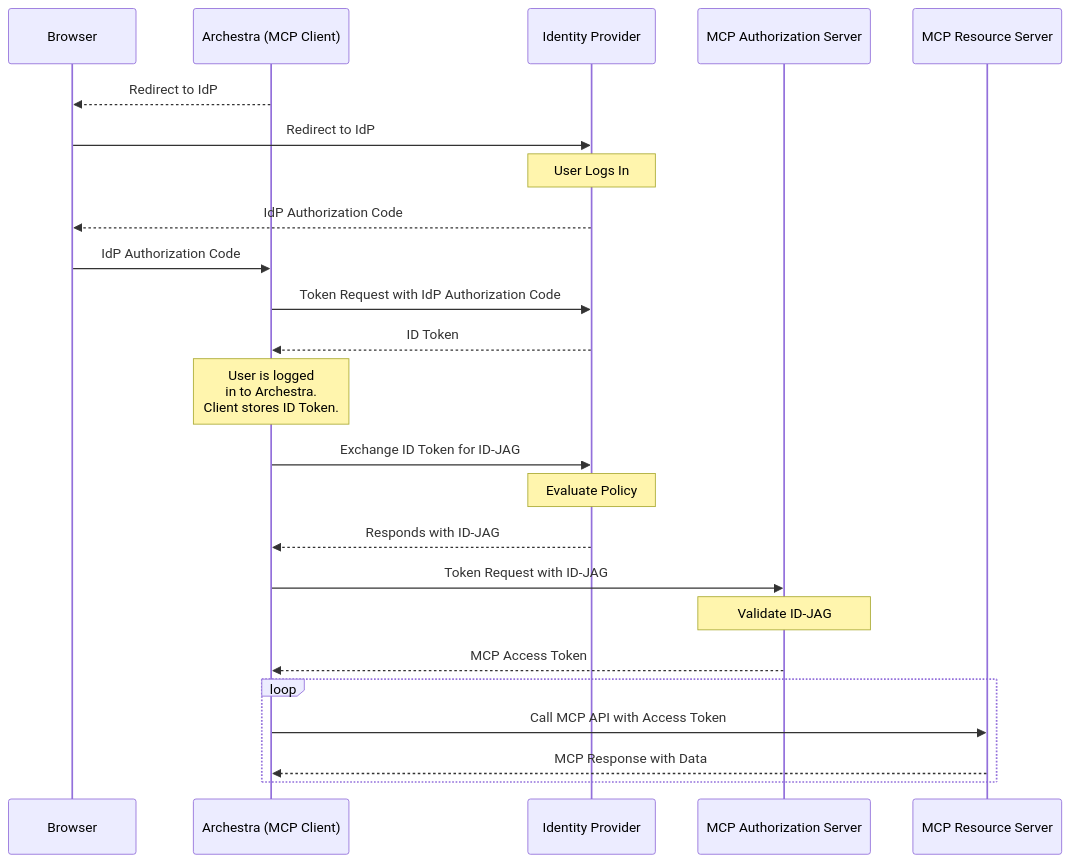
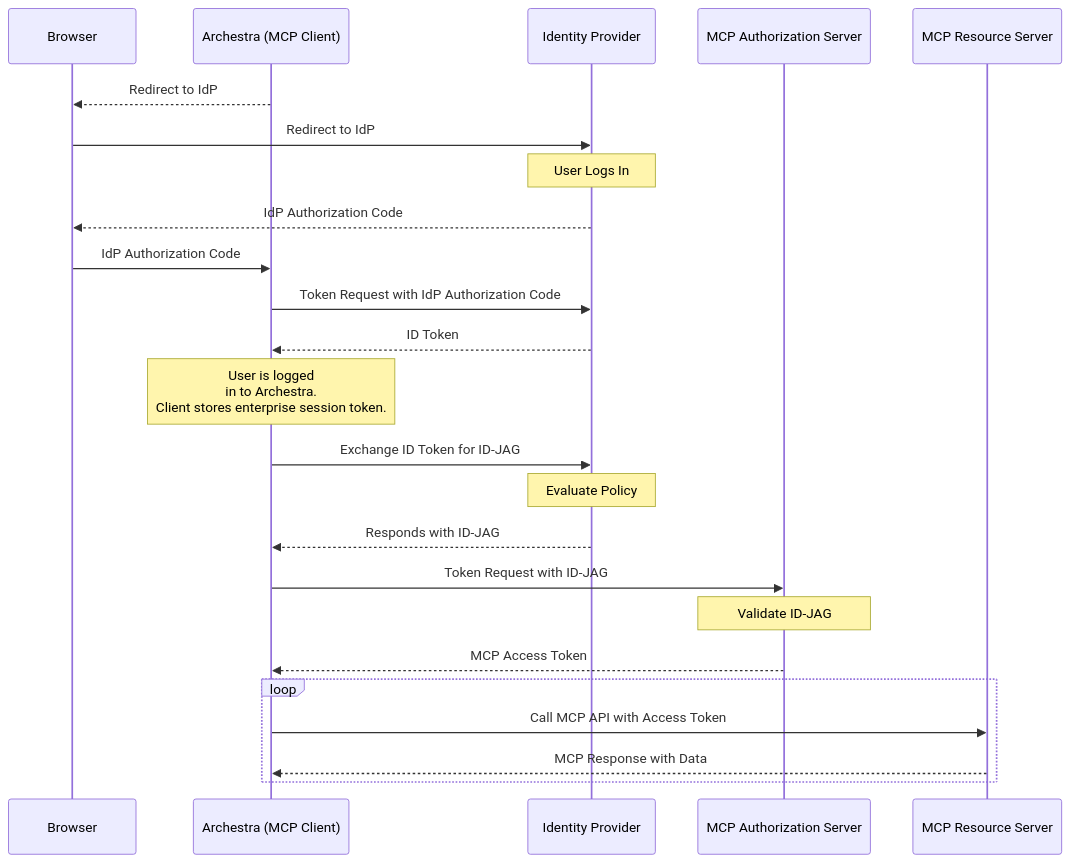
Before and after one commit to archestra-ai/website: the diagram in app/app/blog/content/enterprise-managed-authorization-mcp.md, drawn with Mermaid.

Commit message:
fix auth diagram token wording

````diff
--- a/app/app/blog/content/enterprise-managed-authorization-mcp.md
+++ b/app/app/blog/content/enterprise-managed-authorization-mcp.md
@@ -42,30 +42,30 @@
 ```mermaid
 sequenceDiagram
     participant UA as Browser
     participant C as Archestra (MCP Client)
     participant IdP as Identity Provider
     participant MAS as MCP Authorization Server
     participant MRS as MCP Resource Server
 
     C-->>UA: Redirect to IdP
     UA->>IdP: Redirect to IdP
     Note over IdP: User Logs In
     IdP-->>UA: IdP Authorization Code
     UA->>C: IdP Authorization Code
     C->>IdP: Token Request with IdP Authorization Code
     IdP-->>C: ID Token
 
-    note over C: User is logged<br/>in to Archestra.<br/>Client stores ID Token.
+    note over C: User is logged<br/>in to Archestra.<br/>Client stores enterprise session token.
 
     C->>IdP: Exchange ID Token for ID-JAG
     note over IdP: Evaluate Policy
     IdP-->>C: Responds with ID-JAG
     C->>MAS: Token Request with ID-JAG
     note over MAS: Validate ID-JAG
     MAS-->>C: MCP Access Token
 
     loop
     C->>MRS: Call MCP API with Access Token
     MRS-->>C: MCP Response with Data
     end
 ```
````
